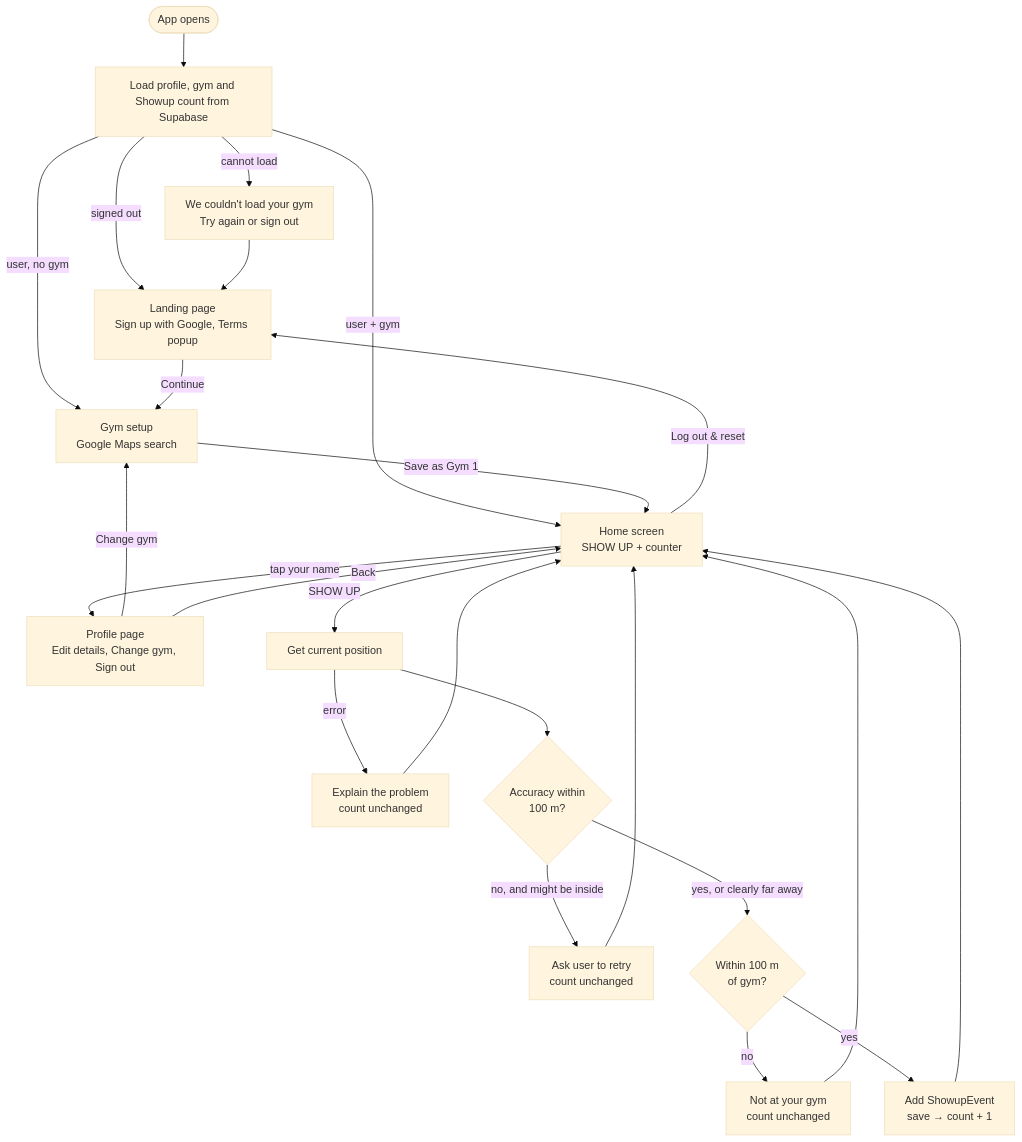
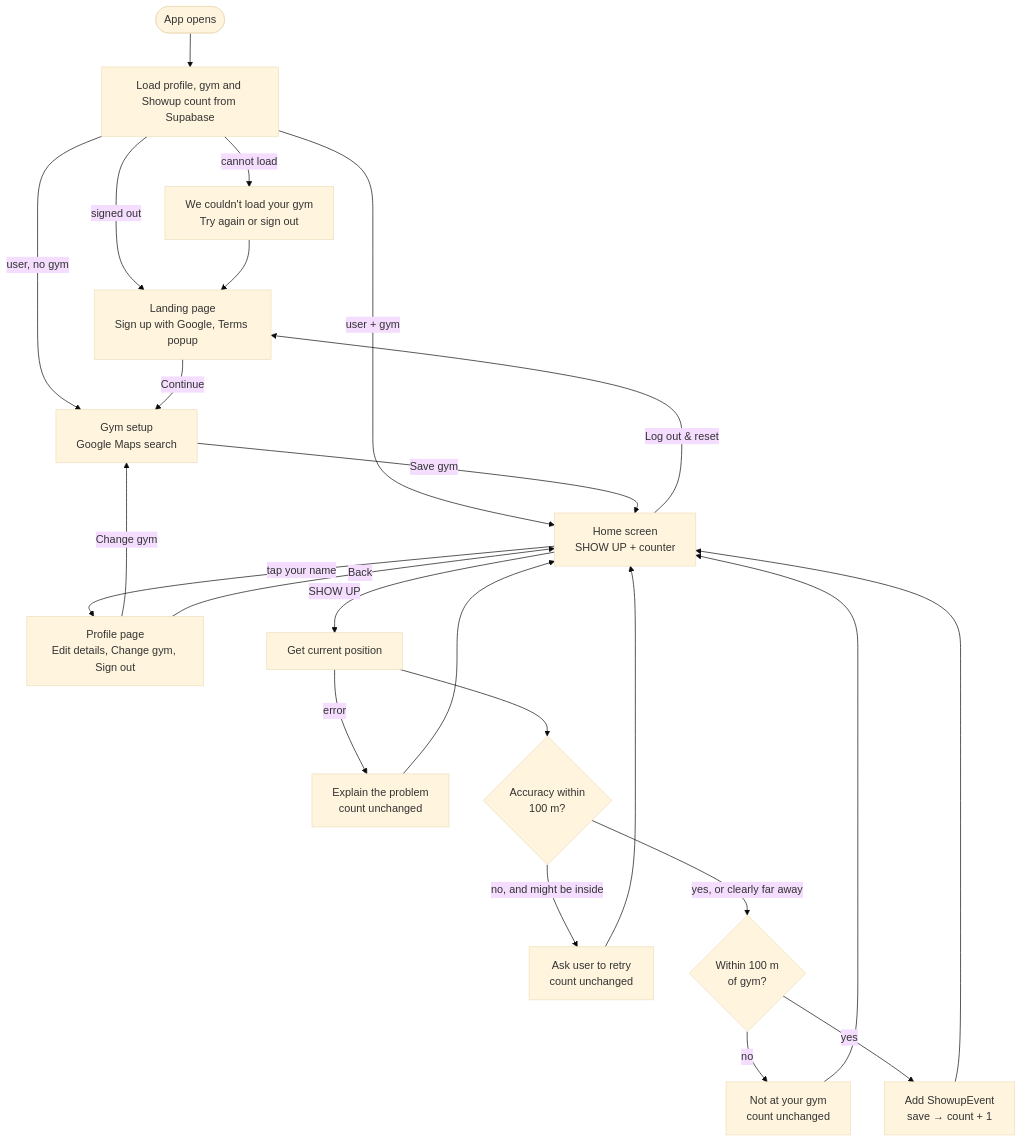
The first of 2 diagrams in docs/ARCHITECTURE.md (jaydeeps-hub/showup), drawn with Mermaid (base theme) before and after one commit. The commit also changed other lines of this file and 53 other files, not shown here.

````diff
--- a/docs/ARCHITECTURE.md
+++ b/docs/ARCHITECTURE.md
@@ -34,26 +34,26 @@
 ```mermaid
 flowchart TD
     Start([App opens]) --> Load[Load profile, gym and Showup count from Supabase]
     Load -->|cannot load| Problem[We couldn't load your gym<br/>Try again or sign out]
     Load -->|signed out| Welcome[Landing page<br/>Sign up with Google, Terms popup]
     Load -->|user, no gym| Setup
     Load -->|user + gym| Home
     Problem --> Welcome
     Welcome -->|Continue| Setup[Gym setup<br/>Google Maps search]
-    Setup -->|Save as Gym 1| Home[Home screen<br/>SHOW UP + counter]
+    Setup -->|Save gym| Home[Home screen<br/>SHOW UP + counter]
     Home -->|tap your name| Profile[Profile page<br/>Edit details, Change gym, Sign out]
     Profile -->|Change gym| Setup
     Profile -->|Back| Home
     Home -->|Log out & reset| Welcome
     Home -->|SHOW UP| Locate[Get current position]
     Locate -->|error| ErrorMsg[Explain the problem<br/>count unchanged]
     Locate --> Accuracy{Accuracy within<br/>100 m?}
     Accuracy -->|no, and might be inside| Retry[Ask user to retry<br/>count unchanged]
     Accuracy -->|yes, or clearly far away| Distance{Within 100 m<br/>of gym?}
     Distance -->|no| Outside[Not at your gym<br/>count unchanged]
     Distance -->|yes| Record[Add ShowupEvent<br/>save → count + 1]
     ErrorMsg --> Home
     Retry --> Home
     Outside --> Home
     Record --> Home
 ```
````
